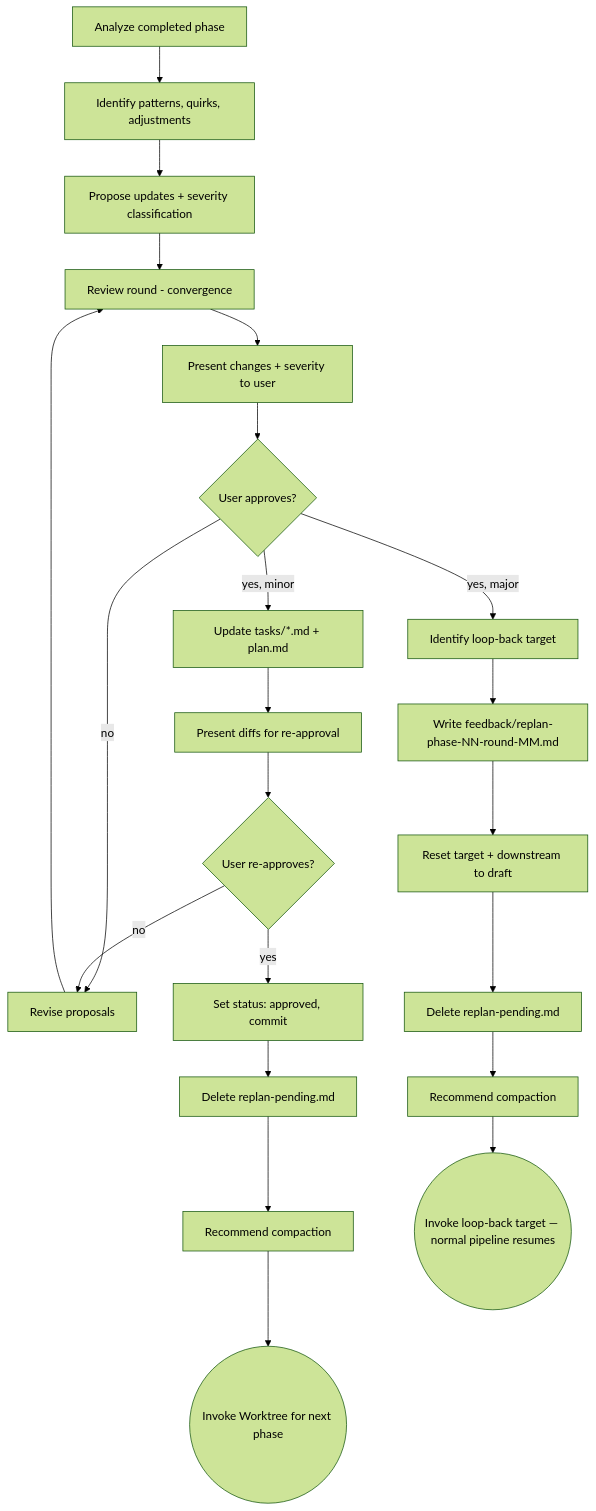
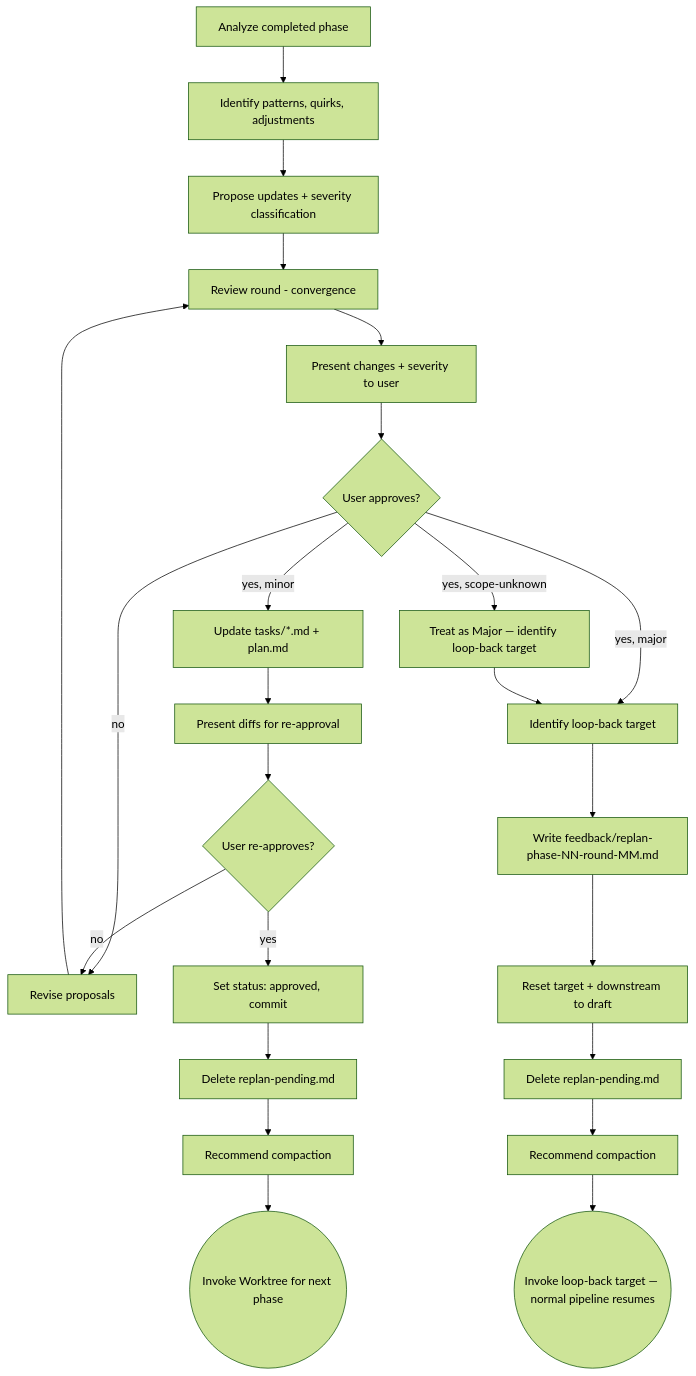
The diagram in skills/replan/SKILL.md (dfrysinger/qrspi-plus), drawn with Mermaid (forest theme) before and after one commit. The commit also changed other lines of this file and 3 other files, not shown here.

First line of the commit message:
feat(qrspi): add scope-unknown severity, goals loop-back, clarifying amendments (M21+M29)

````diff
--- a/skills/replan/SKILL.md
+++ b/skills/replan/SKILL.md
@@ -51,24 +53,26 @@
 ```mermaid
 flowchart TD
     A[Analyze completed phase] --> B[Identify patterns, quirks, adjustments]
     B --> C[Propose updates + severity classification]
     C --> D[Review round - convergence]
     D --> E[Present changes + severity to user]
     E --> F{User approves?}
     F -->|no| G[Revise proposals]
     G --> D
     F -->|yes, minor| H[Update tasks/*.md + plan.md]
     H --> I[Present diffs for re-approval]
     I --> J{User re-approves?}
     J -->|no| G
     J -->|yes| K[Set status: approved, commit]
     K --> L[Delete replan-pending.md]
     L --> L2[Recommend compaction]
     L2 --> M((Invoke Worktree for next phase))
     F -->|yes, major| N[Identify loop-back target]
     N --> N2[Write feedback/replan-phase-NN-round-MM.md]
     N2 --> N3[Reset target + downstream to draft]
     N3 --> N4[Delete replan-pending.md]
     N4 --> N5[Recommend compaction]
     N5 --> O((Invoke loop-back target — normal pipeline resumes))
+    F -->|yes, scope-unknown| P[Treat as Major — identify loop-back target]
+    P --> N
 ```
````
